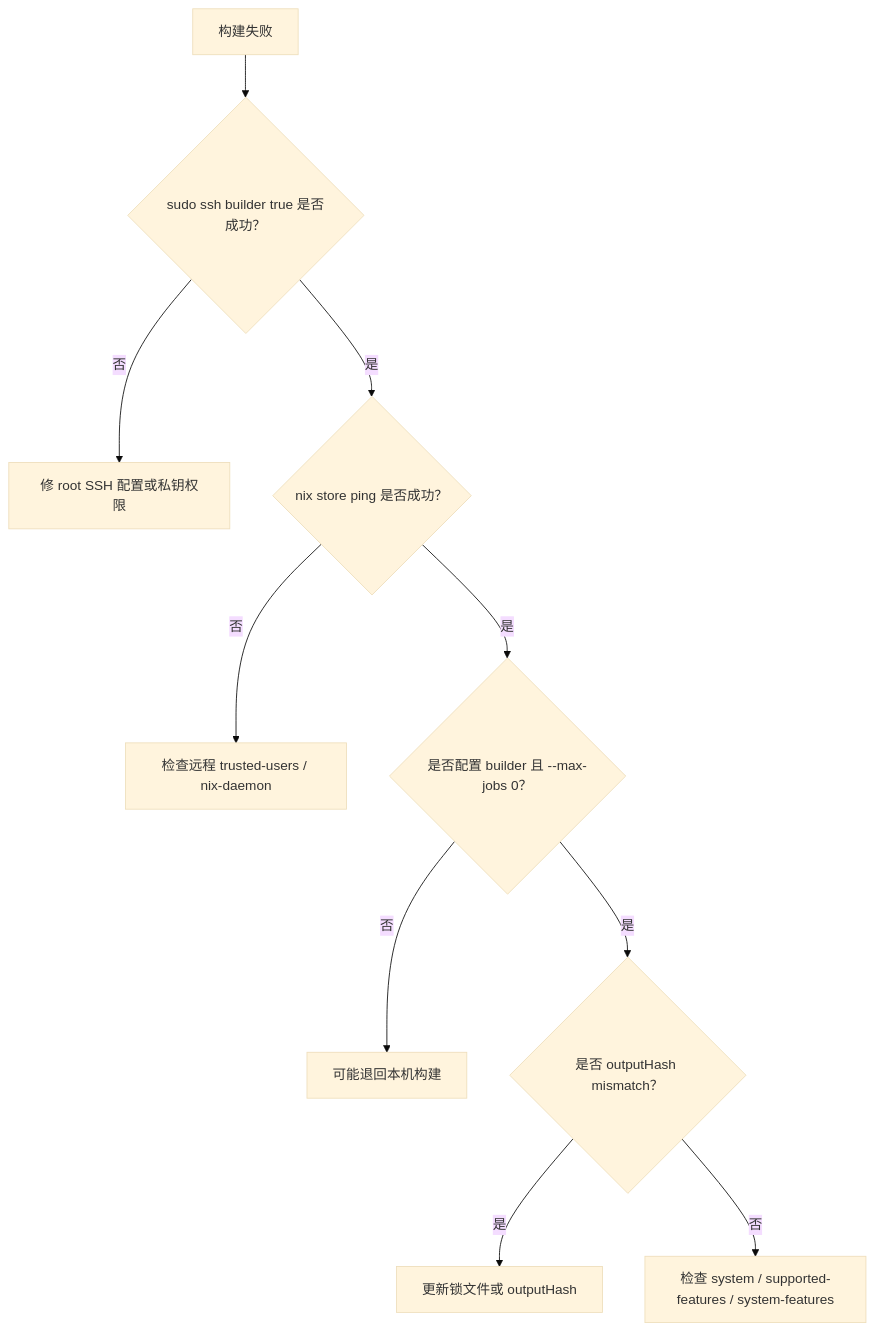
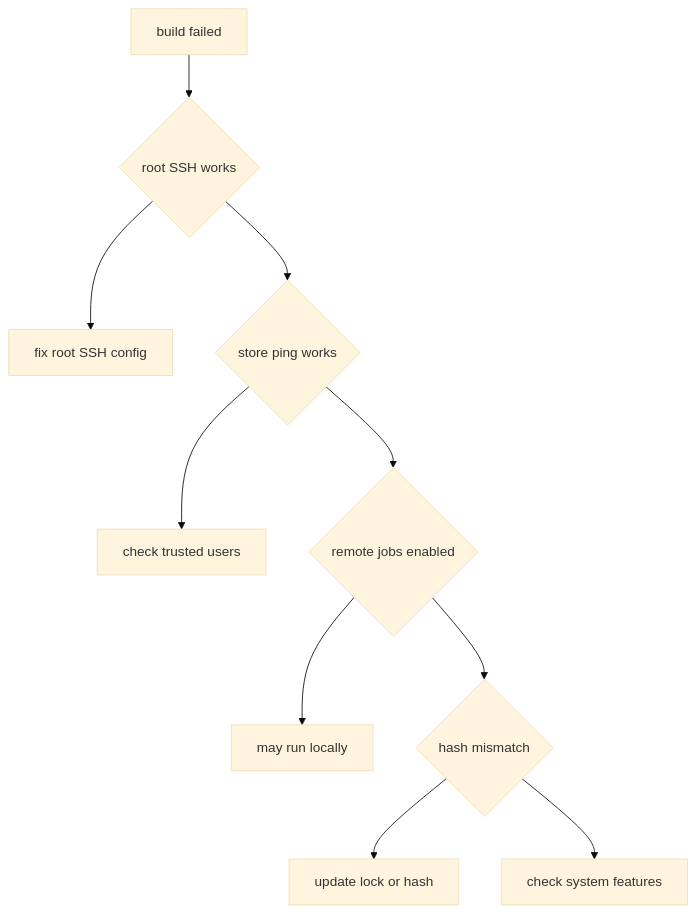
One commit to zerokaze420/zerokaze_blog_sveltekit changed the seventh of 8 diagrams in src/lib/posts/nix-remote-build.md. Above: the diagram before and after it, drawn with Mermaid (base theme). The commit also changed other lines of this file and 2 other files, not shown here.

Commit message:
Add post table of contents and fix Mermaid rendering

````diff
--- a/src/lib/posts/nix-remote-build.md
+++ b/src/lib/posts/nix-remote-build.md
@@ -281,12 +285,12 @@
 ```mermaid
 flowchart TD
-  fail["构建失败"] --> ssh{"sudo ssh builder true 是否成功？"}
-  ssh -- 否 --> rootssh["修 root SSH 配置或私钥权限"]
-  ssh -- 是 --> ping{"nix store ping 是否成功？"}
-  ping -- 否 --> trust["检查远程 trusted-users / nix-daemon"]
-  ping -- 是 --> jobs{"是否配置 builder 且 --max-jobs 0？"}
-  jobs -- 否 --> local["可能退回本机构建"]
-  jobs -- 是 --> hash{"是否 outputHash mismatch？"}
-  hash -- 是 --> lock["更新锁文件或 outputHash"]
-  hash -- 否 --> feature["检查 system / supported-features / system-features"]
+  fail["build failed"] --> ssh{"root SSH works"}
+  ssh --> rootssh["fix root SSH config"]
+  ssh --> ping{"store ping works"}
+  ping --> trust["check trusted users"]
+  ping --> jobs{"remote jobs enabled"}
+  jobs --> local["may run locally"]
+  jobs --> hash{"hash mismatch"}
+  hash --> lock["update lock or hash"]
+  hash --> feature["check system features"]
 ```
````
